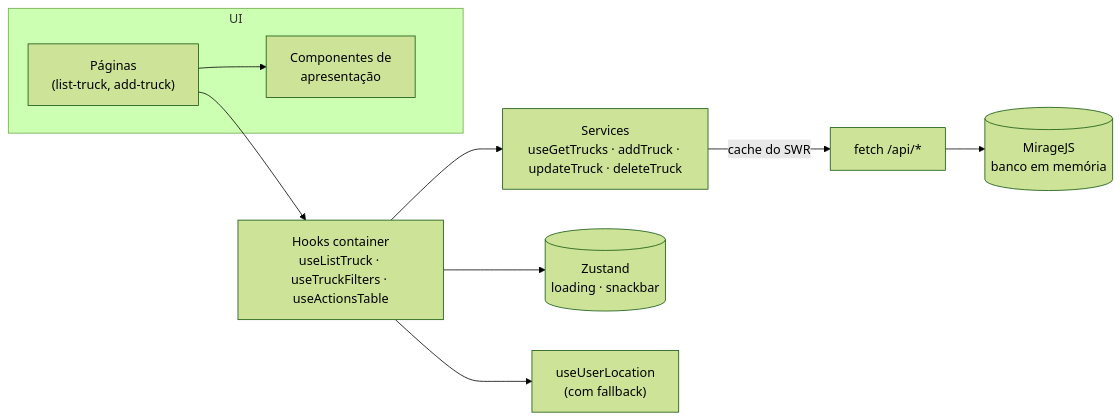
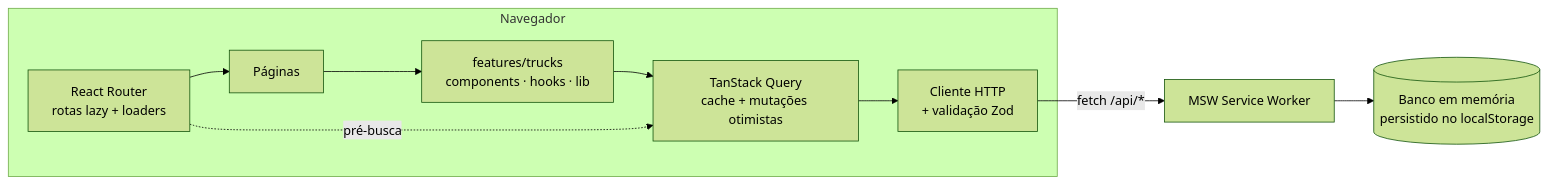
The diagram in README.pt-BR.md (cybermaique/trucktracker), drawn with Mermaid (forest theme) before and after one commit. The commit also changed other lines of this file and 15 other files, not shown here.

````diff
--- a/README.pt-BR.md
+++ b/README.pt-BR.md
@@ -71,12 +84,12 @@
 ```mermaid
 flowchart LR
-  subgraph UI
-    Page["Páginas<br/>(list-truck, add-truck)"] --> Components["Componentes de<br/>apresentação"]
+  subgraph Navegador
+    Router["React Router<br/>rotas lazy + loaders"] --> Pages["Páginas"]
+    Pages --> Features["features/trucks<br/>components · hooks · lib"]
+    Features --> Query["TanStack Query<br/>cache + mutações otimistas"]
+    Router -. pré-busca .-> Query
+    Query --> Client["Cliente HTTP<br/>+ validação Zod"]
   end
-  Page --> Containers["Hooks container<br/>useListTruck · useTruckFilters · useActionsTable"]
-  Containers --> Services["Services<br/>useGetTrucks · addTruck · updateTruck · deleteTruck"]
-  Containers --> Zustand[("Zustand<br/>loading · snackbar")]
-  Containers --> Geo["useUserLocation<br/>(com fallback)"]
-  Services -- "cache do SWR" --> API["fetch /api/*"]
-  API --> Mirage[("MirageJS<br/>banco em memória")]
+  Client -- "fetch /api/*" --> SW["MSW Service Worker"]
+  SW --> DB[("Banco em memória<br/>persistido no localStorage")]
 ```
````
